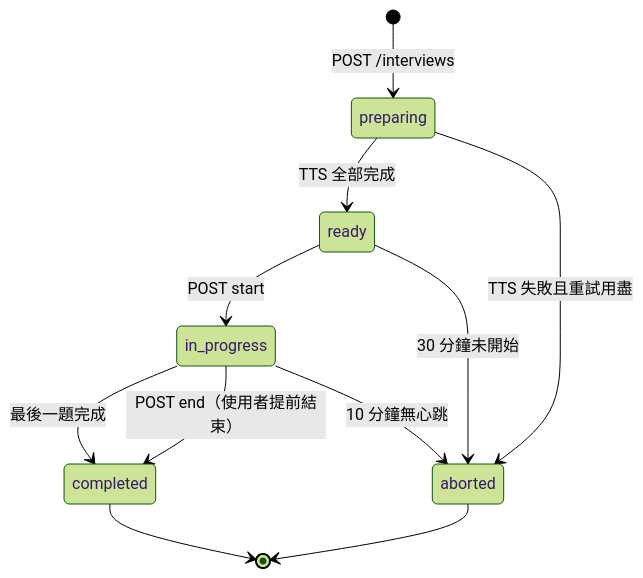
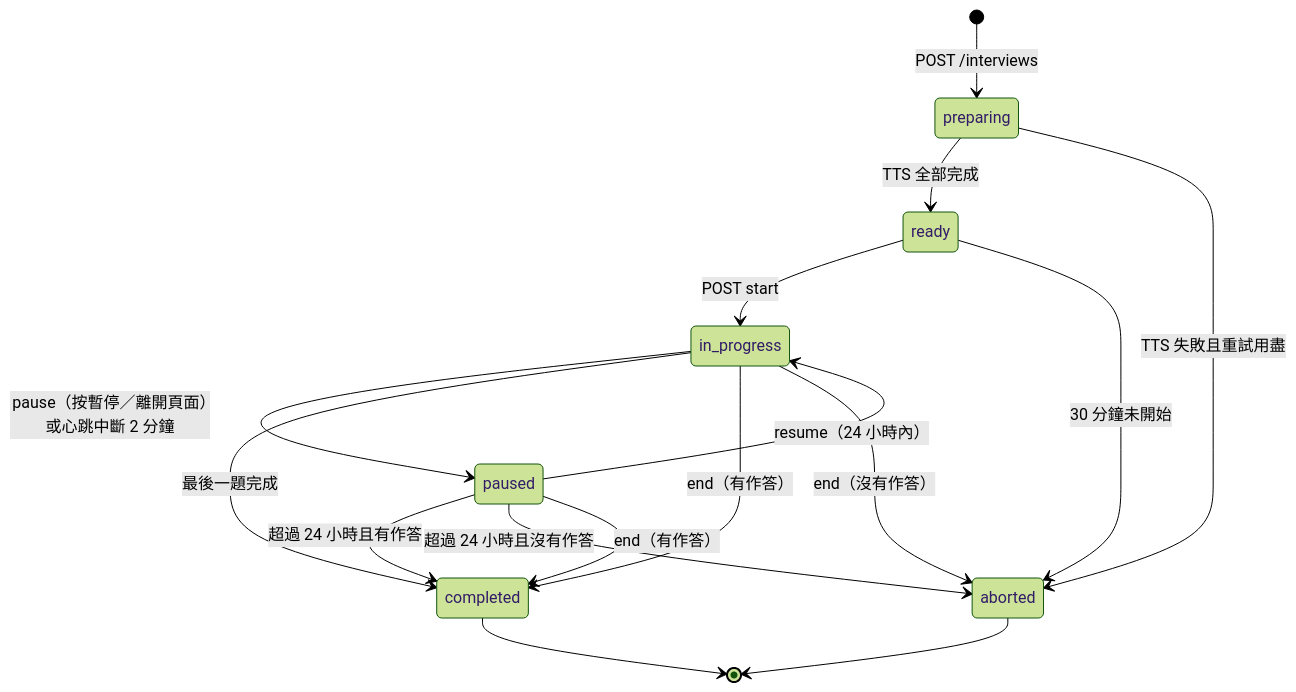
Before and after one commit to WilliamTsai1227/AI_Interview: diagram 14 of 29 in spec/flows.md, drawn with Mermaid (forest theme). The commit also changed other lines of this file and 4 other files, not shown here.

````diff
--- a/spec/flows.md
+++ b/spec/flows.md
@@ -448,13 +477,18 @@
 ```mermaid
 stateDiagram-v2
     [*] --> preparing: POST /interviews
     preparing --> ready: TTS 全部完成
     preparing --> aborted: TTS 失敗且重試用盡
     ready --> in_progress: POST start
     ready --> aborted: 30 分鐘未開始
+    in_progress --> paused: pause（按暫停／離開頁面）或心跳中斷 2 分鐘
+    paused --> in_progress: resume（24 小時內）
+    paused --> completed: 超過 24 小時且有作答
+    paused --> aborted: 超過 24 小時且沒有作答
+    paused --> completed: end（有作答）
     in_progress --> completed: 最後一題完成
-    in_progress --> completed: POST end（使用者提前結束）
-    in_progress --> aborted: 10 分鐘無心跳
+    in_progress --> completed: end（有作答）
+    in_progress --> aborted: end（沒有作答）
     completed --> [*]
     aborted --> [*]
 ```
````
